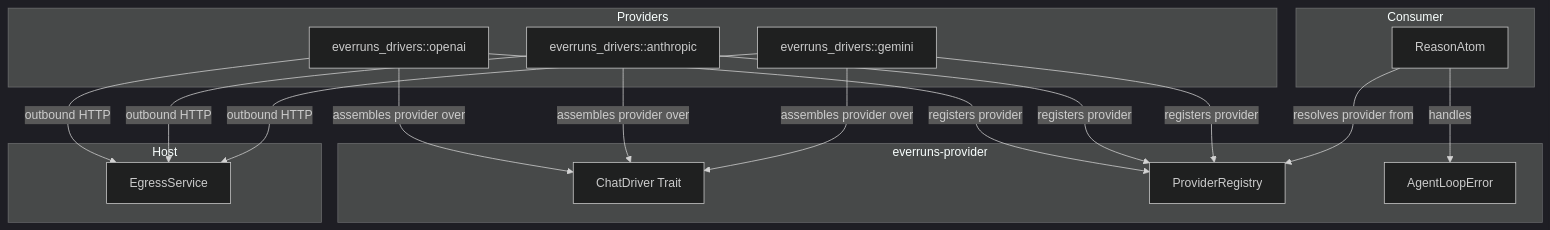
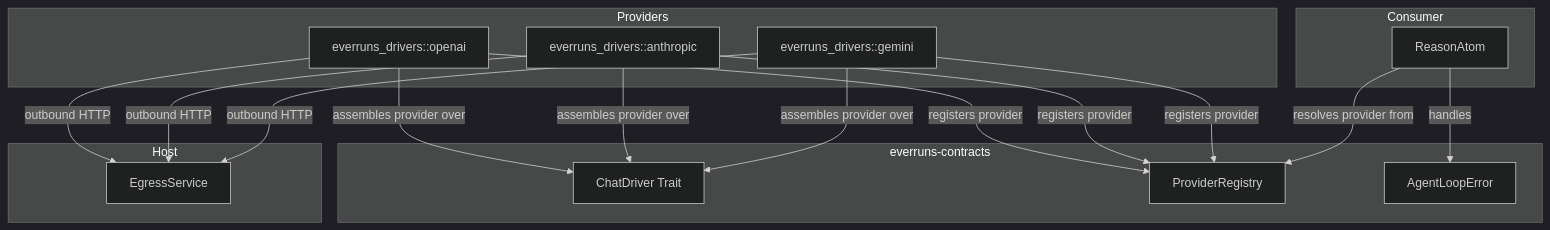
One commit to everruns/everruns changed the first of 2 diagrams in knowledge/foundations/llm-drivers.md. Above: the diagram before and after it, drawn with Mermaid (dark theme). The commit also changed other lines of this file and 40 other files, not shown here.

````diff
--- a/knowledge/foundations/llm-drivers.md
+++ b/knowledge/foundations/llm-drivers.md
@@ -35,34 +34,34 @@
 ```mermaid
 graph TD
-    subgraph Provider [everruns-provider]
+    subgraph Provider [everruns-contracts]
         ChatDriver[ChatDriver Trait]
         Registry[ProviderRegistry]
         Errors[AgentLoopError]
     end
 
     subgraph Providers
         OpenAI[everruns_drivers::openai]
         Anthropic[everruns_drivers::anthropic]
         Gemini[everruns_drivers::gemini]
     end
 
     subgraph Host
         Egress[EgressService]
     end
 
     subgraph Consumer
         ReasonAtom[ReasonAtom]
     end
 
     OpenAI -->|assembles provider over| ChatDriver
     Anthropic -->|assembles provider over| ChatDriver
     Gemini -->|assembles provider over| ChatDriver
     OpenAI -->|registers provider| Registry
     Anthropic -->|registers provider| Registry
     Gemini -->|registers provider| Registry
     ReasonAtom -->|resolves provider from| Registry
     OpenAI -->|outbound HTTP| Egress
     Anthropic -->|outbound HTTP| Egress
     Gemini -->|outbound HTTP| Egress
     ReasonAtom -->|handles| Errors
 ```
````
